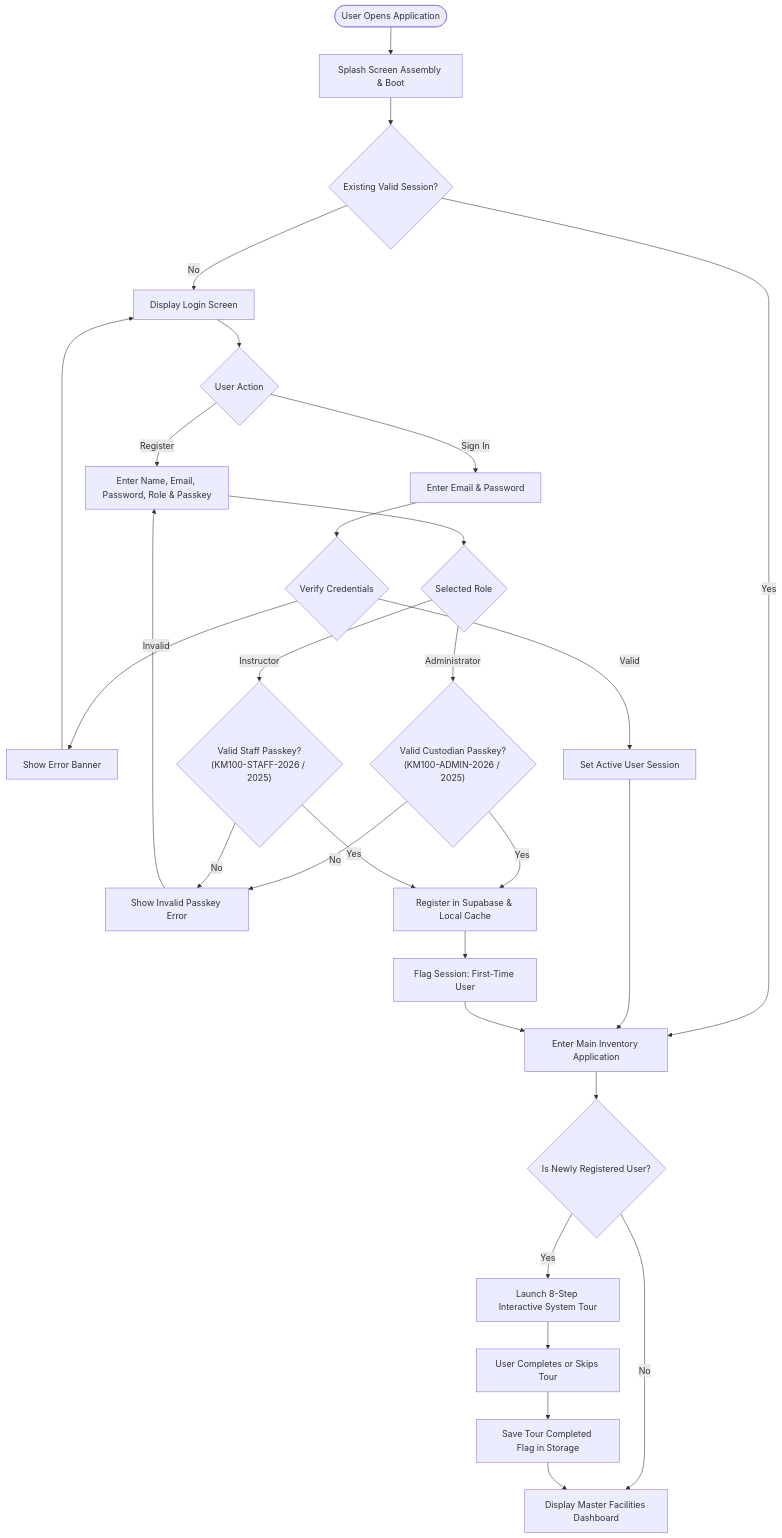
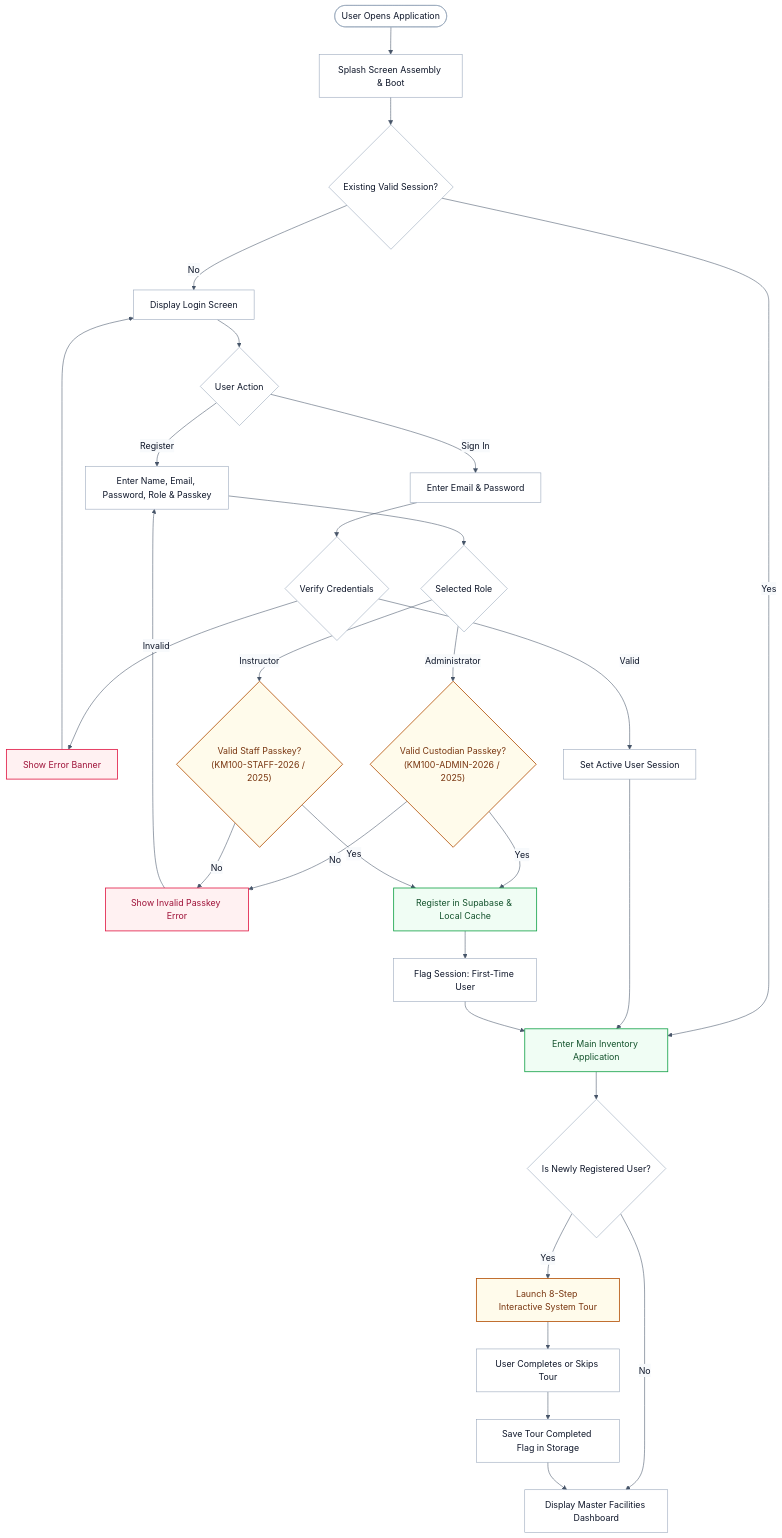
The second of 4 diagrams in docs/APP_FLOWCHART.md (kai-zze/KM100-Stock), drawn with Mermaid before and after one commit. The commit also changed other lines of this file, not shown here.

Commit message:
docs: style flowcharts with explicit high-contrast light mode theme

````diff
--- a/docs/APP_FLOWCHART.md
+++ b/docs/APP_FLOWCHART.md
@@ -45,44 +50,54 @@
 ```mermaid
+%%{init: {'theme': 'base', 'themeVariables': { 'darkMode': false, 'background': '#ffffff', 'primaryColor': '#ffffff', 'primaryBorderColor': '#94a3b8', 'primaryTextColor': '#0f172a', 'lineColor': '#475569', 'secondaryColor': '#f8fafc', 'secondaryBorderColor': '#cbd5e1', 'secondaryTextColor': '#0f172a', 'tertiaryColor': '#f1f5f9', 'tertiaryBorderColor': '#cbd5e1', 'tertiaryTextColor': '#0f172a' }}}%%
 flowchart TD
     Start(["User Opens Application"]) --> Splash["Splash Screen Assembly & Boot"]
     Splash --> CheckSession{"Existing Valid Session?"}
 
     CheckSession -->|Yes| MainApp["Enter Main Inventory Application"]
     CheckSession -->|No| LoginScreen["Display Login Screen"]
 
     LoginScreen --> ModeChoice{"User Action"}
 
     %% Sign In Branch
     ModeChoice -->|Sign In| EnterCreds["Enter Email & Password"]
     EnterCreds --> VerifyAuth{"Verify Credentials"}
     VerifyAuth -->|Invalid| LoginError["Show Error Banner"]
     LoginError --> LoginScreen
     VerifyAuth -->|Valid| SetSession["Set Active User Session"]
     SetSession --> MainApp
 
     %% Sign Up Branch
     ModeChoice -->|Register| EnterReg["Enter Name, Email, Password, Role & Passkey"]
     EnterReg --> CheckRole{"Selected Role"}
 
     CheckRole -->|Administrator| CheckAdminPasskey{"Valid Custodian Passkey?<br>(KM100-ADMIN-2026 / 2025)"}
     CheckRole -->|Instructor| CheckStaffPasskey{"Valid Staff Passkey?<br>(KM100-STAFF-2026 / 2025)"}
 
     CheckAdminPasskey -->|No| PasskeyError["Show Invalid Passkey Error"]
     CheckStaffPasskey -->|No| PasskeyError
     PasskeyError --> EnterReg
 
     CheckAdminPasskey -->|Yes| CreateCloudAccount["Register in Supabase & Local Cache"]
     CheckStaffPasskey -->|Yes| CreateCloudAccount
 
     CreateCloudAccount --> SetNewUserFlag["Flag Session: First-Time User"]
     SetNewUserFlag --> MainApp
 
     %% Onboarding Check
     MainApp --> CheckNewUser{"Is Newly Registered User?"}
     CheckNewUser -->|Yes| OnboardingTour["Launch 8-Step Interactive System Tour"]
     CheckNewUser -->|No| NormalDashboard["Display Master Facilities Dashboard"]
 
     OnboardingTour --> CompleteTour["User Completes or Skips Tour"]
     CompleteTour --> SaveTourDone["Save Tour Completed Flag in Storage"]
     SaveTourDone --> NormalDashboard
+
+    classDef default fill:#ffffff,stroke:#94a3b8,stroke-width:1px,color:#0f172a;
+    classDef amber fill:#fffbeb,stroke:#b45309,stroke-width:1.5px,color:#78350f;
+    classDef rose fill:#fff1f2,stroke:#e11d48,stroke-width:1.5px,color:#9f1239;
+    classDef emerald fill:#f0fdf4,stroke:#16a34a,stroke-width:1.5px,color:#14532d;
+
+    class OnboardingTour,CheckAdminPasskey,CheckStaffPasskey amber;
+    class PasskeyError,LoginError rose;
+    class CreateCloudAccount,MainApp emerald;
 ```
````
